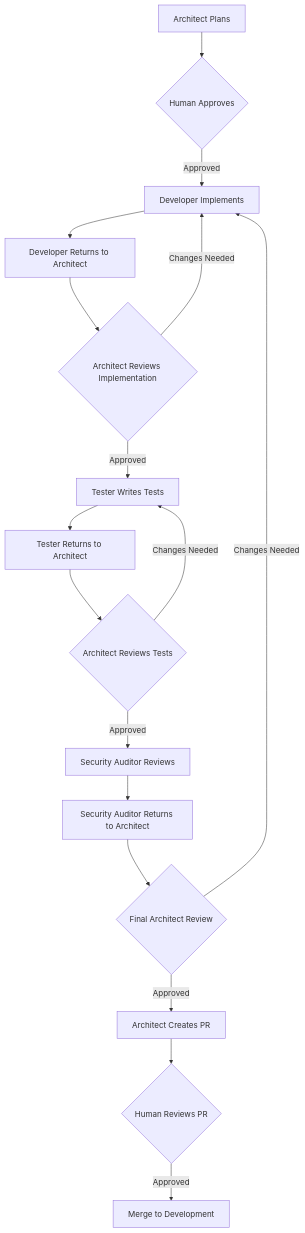
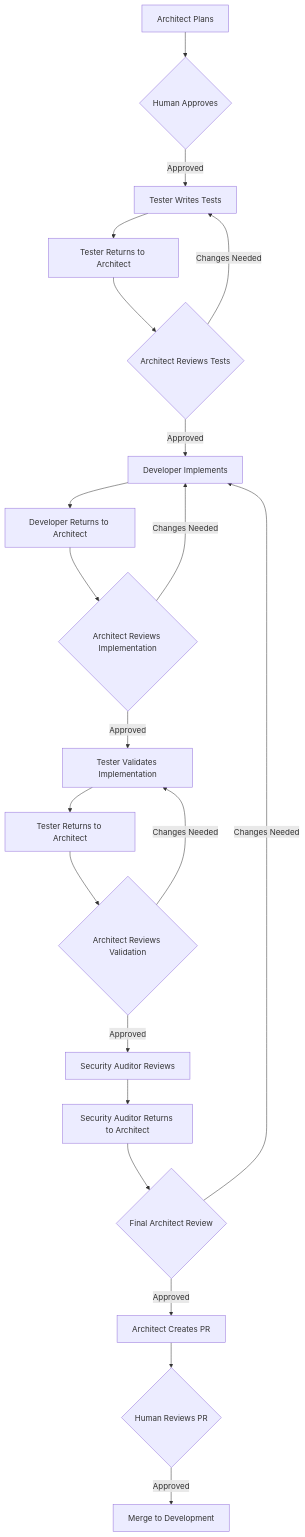
The first of 2 diagrams in AGENTS.md (nmwael/subvocal), drawn with Mermaid before and after one commit. The commit also changed other lines of this file and 2 other files, not shown here.

Commit message:
doc: rework HITL workflow to test-first (tester before and after developer)

````diff
--- a/AGENTS.md
+++ b/AGENTS.md
@@ -13,19 +13,23 @@
 ```mermaid
 graph TD
     A[Architect Plans] --> B{Human Approves}
-    B -->|Approved| C[Developer Implements]
-    C --> D[Developer Returns to Architect]
-    D --> E{Architect Reviews Implementation}
-    E -->|Approved| F[Tester Writes Tests]
-    F --> G[Tester Returns to Architect]
-    G --> H{Architect Reviews Tests}
-    H -->|Approved| I[Security Auditor Reviews]
-    I --> J[Security Auditor Returns to Architect]
-    J --> K{Final Architect Review}
-    K -->|Approved| L[Architect Creates PR]
-    L --> M{Human Reviews PR}
-    M -->|Approved| N[Merge to Development]
-    K -->|Changes Needed| C
+    B -->|Approved| C[Tester Writes Tests]
+    C --> D[Tester Returns to Architect]
+    D --> E{Architect Reviews Tests}
+    E -->|Approved| F[Developer Implements]
+    F --> G[Developer Returns to Architect]
+    G --> H{Architect Reviews Implementation}
+    H -->|Approved| I[Tester Validates Implementation]
+    I --> J[Tester Returns to Architect]
+    J --> K{Architect Reviews Validation}
+    K -->|Approved| L[Security Auditor Reviews]
+    L --> M[Security Auditor Returns to Architect]
+    M --> N{Final Architect Review}
+    N -->|Approved| O[Architect Creates PR]
+    O --> P{Human Reviews PR}
+    P -->|Approved| Q[Merge to Development]
+    N -->|Changes Needed| F
+    H -->|Changes Needed| F
     E -->|Changes Needed| C
-    H -->|Changes Needed| F
+    K -->|Changes Needed| I
 ```
````
